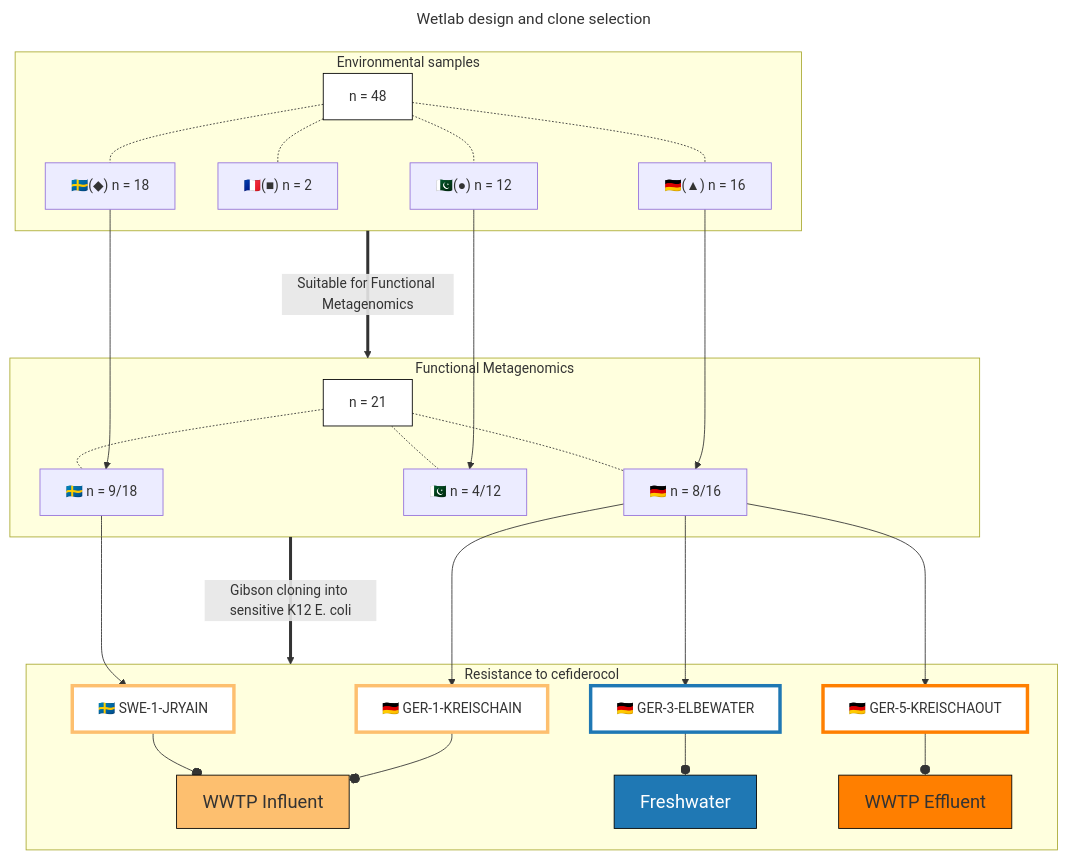
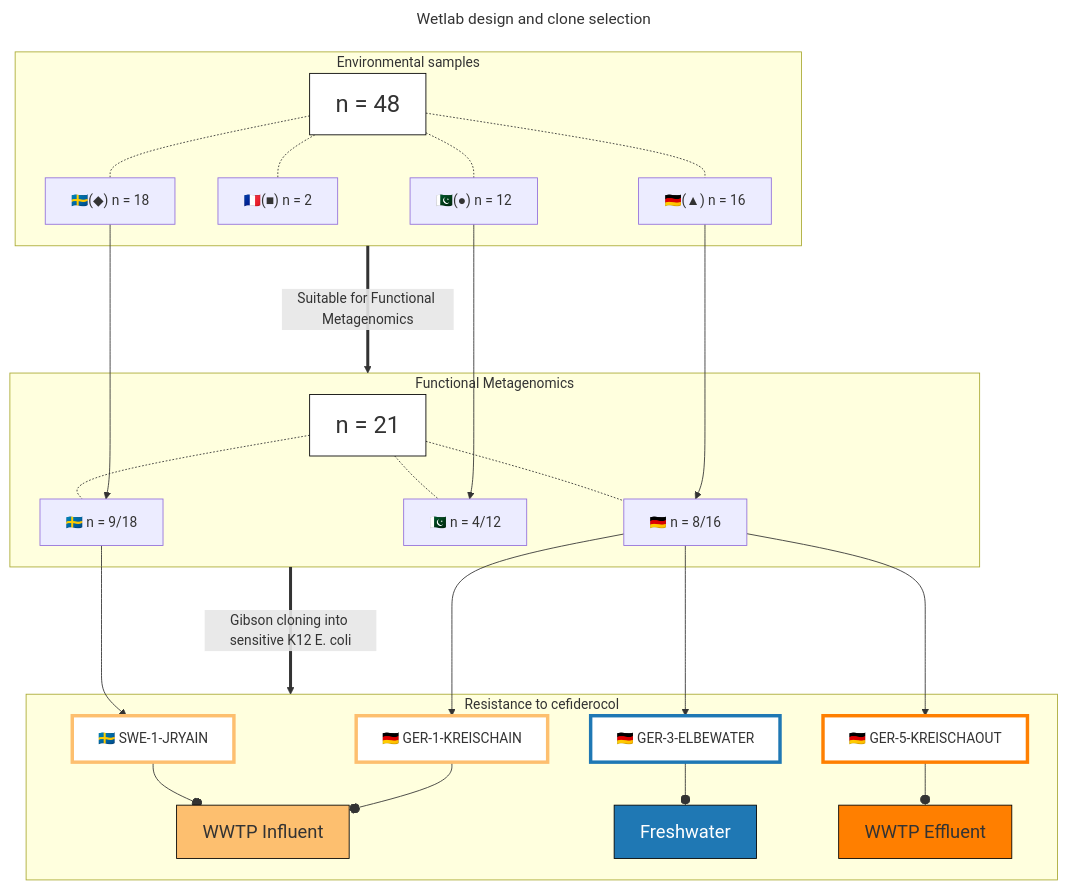
The first of 2 diagrams in README.md (RemiGSC/Mgf_FDC), drawn with Mermaid before and after one commit. The commit also changed other lines of this file, not shown here.

````diff
--- a/README.md
+++ b/README.md
@@ -9,53 +9,53 @@
 ```mermaid
 ---
 title: Wetlab design and clone selection
 ---
 flowchart TD
 	subgraph ev [Environmental samples]
 		A[n = 48] -.- A1["🇸🇪(◆) n = 18"]
 		A -.- A2["🇫🇷(■) n = 2"]
 		A -.- A3["🇩🇪(▲) n = 16"]
 		A -.- A4["🇵🇰(●) n = 12"]
 	end
 
 	subgraph fmg [Functional Metagenomics]
 		B[n = 21] -.- B1[🇸🇪 n = 9/18]
 		B -.- B3[🇩🇪 n = 8/16]
 		B -.- B4[🇵🇰 n = 4/12]
 	end
 
 	subgraph Rcef [Resistance to cefiderocol]
 			C1[🇸🇪 SWE-1-JRYAIN] --o WWIN[WWTP Influent]
 			C3a[🇩🇪 GER-1-KREISCHAIN] --o WWIN[WWTP Influent]
 			C3b[🇩🇪 GER-3-ELBEWATER] --o Fresh[Freshwater]
 			C3c[🇩🇪 GER-5-KREISCHAOUT] --o WWEF[WWTP Effluent]
 	end
 
 
 ev ==>|Suitable for Functional Metagenomics| fmg
 
 fmg ==>|Gibson cloning into sensitive K12 E. coli| Rcef
 
 A1 ----> B1
 A3 ----> B3
 A4 ----> B4
 
 B1 ---> C1
 B3 ---> C3a
 B3 ---> C3b
 B3 ---> C3c
 
-style A stroke:#000,fill:#fff
-style B stroke:#000,fill:#fff
+style A stroke:#000,fill:#fff,font-size:120%
+style B stroke:#000,fill:#fff,font-size:120%
 
 style C1 stroke:#fdbf6f,fill:#fff,stroke-width:4px
 style C3a stroke:#fdbf6f,fill:#fff,stroke-width:4px
 style C3b stroke:#1f78b4,fill:#fff,stroke-width:4px
 style C3c stroke:#ff7f00,fill:#fff,stroke-width:4px
 
 style WWIN stroke:#000,fill:#fdbf6f,font-size:110%
 style Fresh stroke:#000,fill:#1f78b4,color:#fff,font-size:110%
 style WWEF stroke:#000,fill:#ff7f00,font-size:110%
 
 
 ```
````
